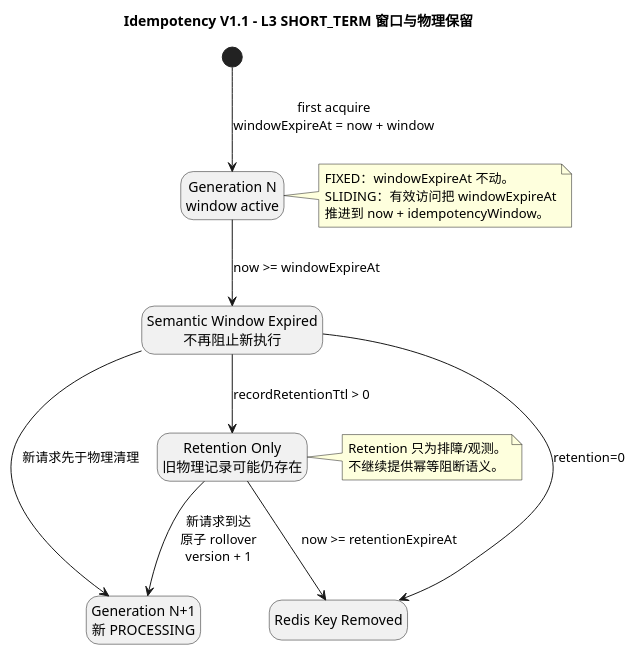
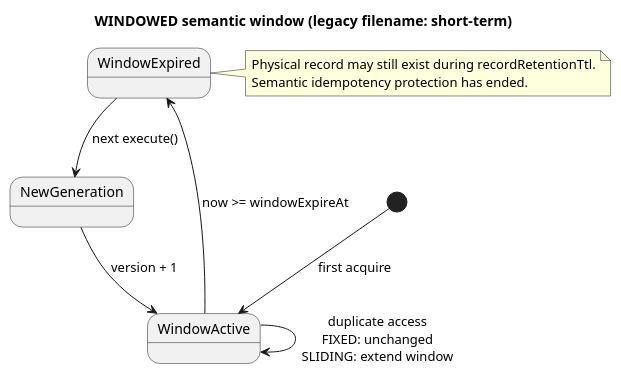
The diagram in component/idempotent-component/docs/diagrams/state/L3-short-term-window.puml (pbxjtumse/cola-web-standard), drawn with PlantUML before and after one commit. The commit also changed 201 other files, not shown here.

```diff
--- a/component/idempotent-component/docs/diagrams/state/L3-short-term-window.puml
+++ b/component/idempotent-component/docs/diagrams/state/L3-short-term-window.puml
@@ -1,32 +1,14 @@
 @startuml
-title Idempotency V1.1 - L3 SHORT_TERM 窗口与物理保留
+title WINDOWED semantic window (legacy filename: short-term)
 
-hide empty description
-skinparam shadowing false
+[*] --> WindowActive : first acquire
+WindowActive --> WindowActive : duplicate access\nFIXED: unchanged\nSLIDING: extend window
+WindowActive --> WindowExpired : now >= windowExpireAt
+WindowExpired --> NewGeneration : next execute()
+NewGeneration --> WindowActive : version + 1
 
-state "Generation N\nwindow active" as ACTIVE
-state "Semantic Window Expired\n不再阻止新执行" as WINDOW_EXPIRED
-state "Retention Only\n旧物理记录可能仍存在" as RETENTION
-state "Generation N+1\n新 PROCESSING" as NEXT
-state "Redis Key Removed" as REMOVED
-
-[*] --> ACTIVE : first acquire\nwindowExpireAt = now + window
-ACTIVE --> WINDOW_EXPIRED : now >= windowExpireAt
-WINDOW_EXPIRED --> RETENTION : recordRetentionTtl > 0
-WINDOW_EXPIRED --> REMOVED : retention=0
-RETENTION --> NEXT : 新请求到达\n原子 rollover\nversion + 1
-RETENTION --> REMOVED : now >= retentionExpireAt
-WINDOW_EXPIRED --> NEXT : 新请求先于物理清理
-
-note right of ACTIVE
-FIXED：windowExpireAt 不动。
-SLIDING：有效访问把 windowExpireAt
-推进到 now + idempotencyWindow。
+note right of WindowExpired
+Physical record may still exist during recordRetentionTtl.
+Semantic idempotency protection has ended.
 end note
-
-note right of RETENTION
-Retention 只为排障/观测。
-不继续提供幂等阻断语义。
-end note
-
 @enduml
```
